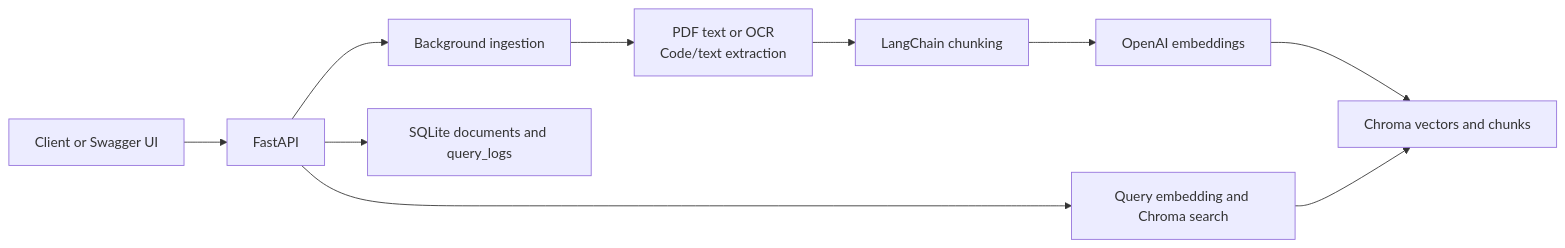
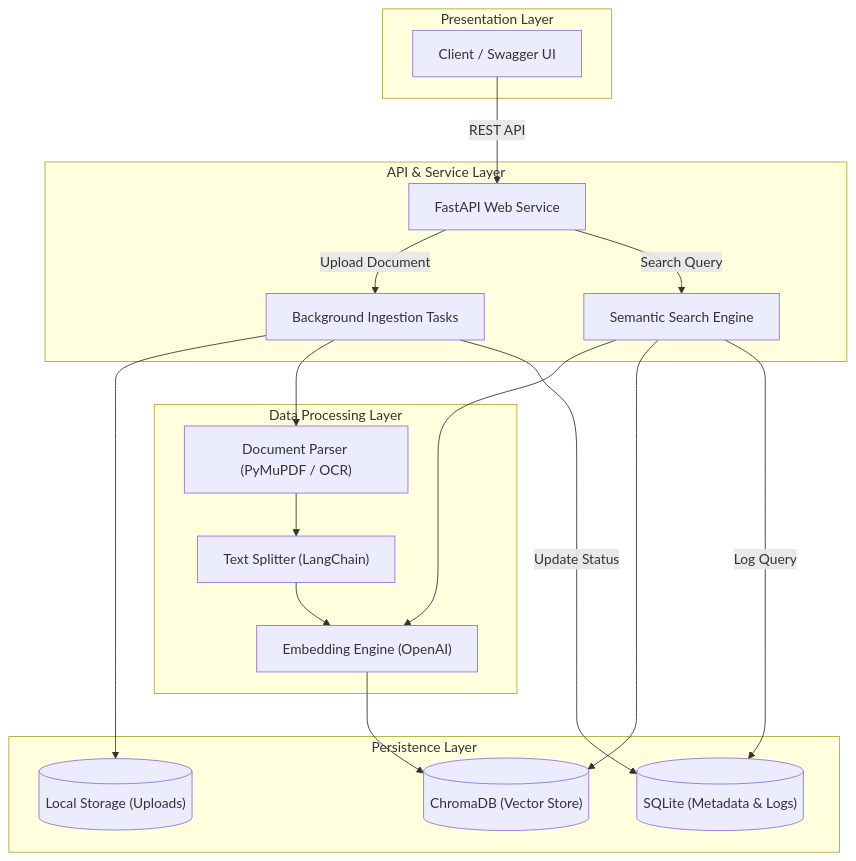
Before and after one commit to Himanshuwagh/actowiz-assignment: the diagram in README.md, drawn with Mermaid. The commit also changed 1 other file, not shown here.

Commit message:
Update architecture diagram and remove diagrams folder

````diff
--- a/README.md
+++ b/README.md
@@ -17,12 +17,41 @@
 ```mermaid
-flowchart LR
-    Client["Client or Swagger UI"] --> API["FastAPI"]
-    API --> Upload["Background ingestion"]
-    Upload --> Extract["PDF text or OCR\nCode/text extraction"]
-    Extract --> Split["LangChain chunking"]
-    Split --> Embed["OpenAI embeddings"]
-    Embed --> Chroma["Chroma vectors and chunks"]
-    API --> SQLite["SQLite documents and query_logs"]
-    API --> Search["Query embedding and Chroma search"]
-    Search --> Chroma
+flowchart TB
+    subgraph Presentation["Presentation Layer"]
+        Client["Client / Swagger UI"]
+    end
+
+    subgraph Service["API & Service Layer"]
+        API["FastAPI Web Service"]
+        SearchService["Semantic Search Engine"]
+        IngestionTask["Background Ingestion Tasks"]
+    end
+
+    subgraph Processing["Data Processing Layer"]
+        Extract["Document Parser (PyMuPDF / OCR)"]
+        Split["Text Splitter (LangChain)"]
+        Embed["Embedding Engine (OpenAI)"]
+    end
+
+    subgraph Data["Persistence Layer"]
+        SQLite[("SQLite (Metadata & Logs)")]
+        Chroma[("ChromaDB (Vector Store)")]
+        LocalFS[("Local Storage (Uploads)")]
+    end
+
+    Client -- REST API --> API
+    
+    %% Ingestion Flow
+    API -- Upload Document --> IngestionTask
+    IngestionTask --> LocalFS
+    IngestionTask --> Extract
+    Extract --> Split
+    Split --> Embed
+    Embed --> Chroma
+    IngestionTask -- Update Status --> SQLite
+    
+    %% Query Flow
+    API -- Search Query --> SearchService
+    SearchService --> Embed
+    SearchService --> Chroma
+    SearchService -- Log Query --> SQLite
 ```
````
